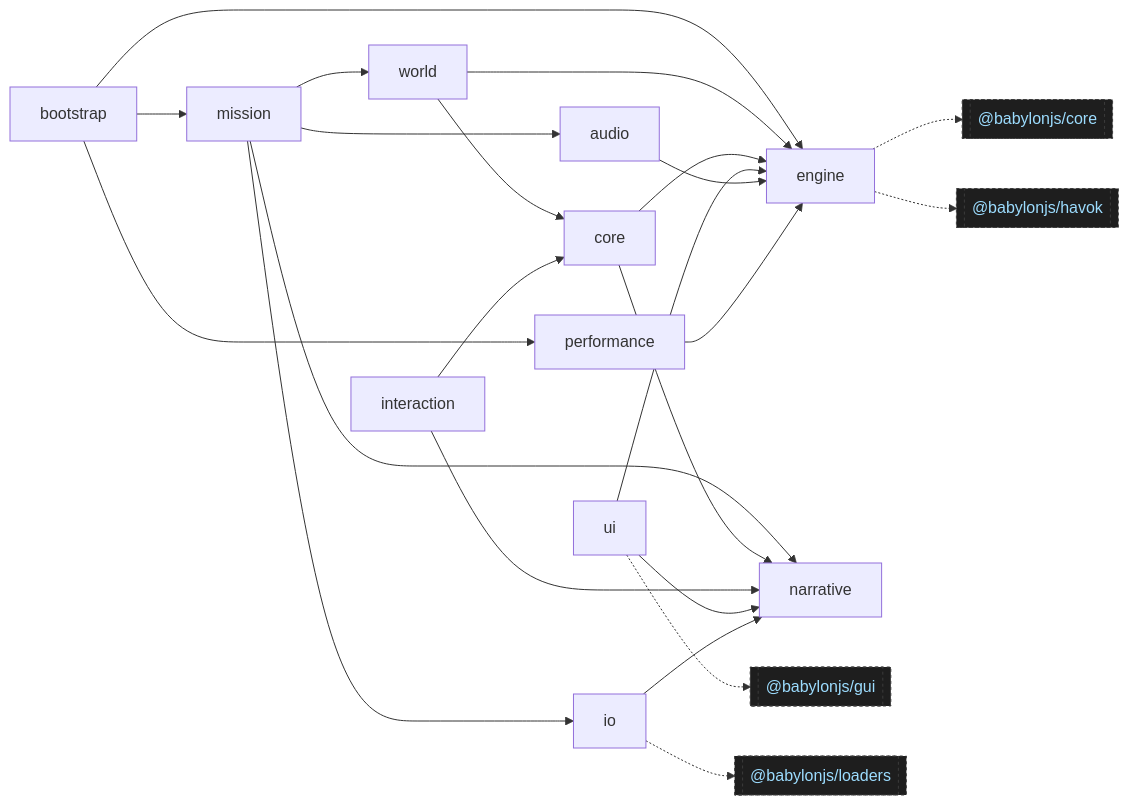
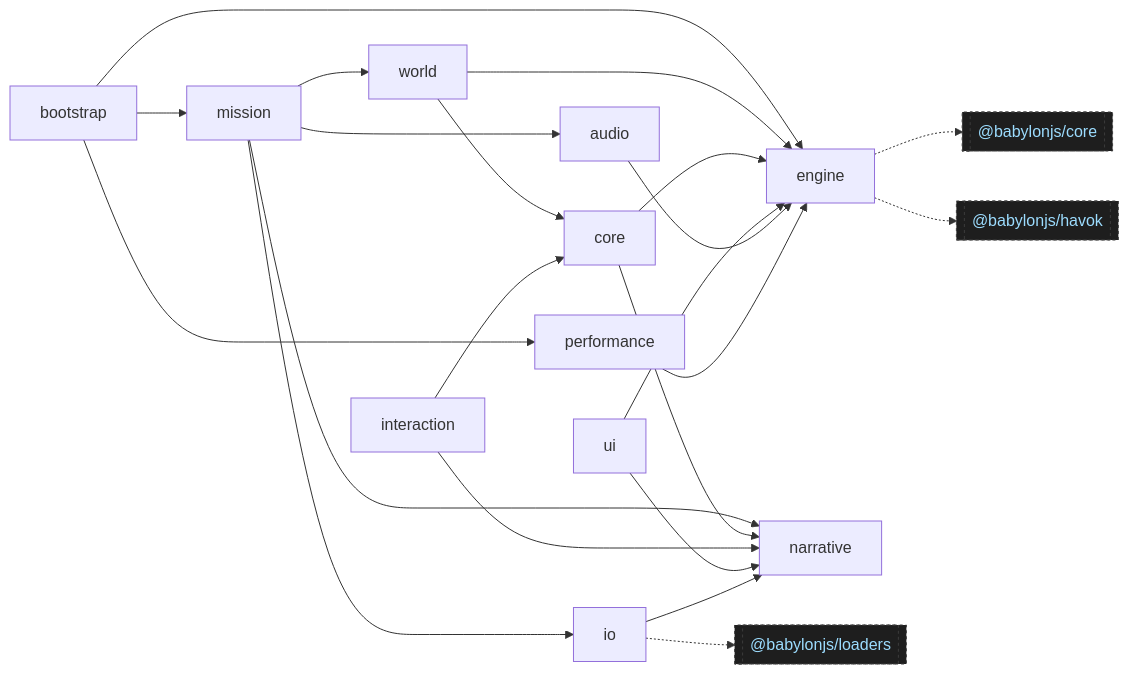
One commit to royceshannon2-blip/Witness-Interactive-3D changed the second of 6 diagrams in ARCHITECTURE.md. Above: the diagram before and after it, drawn with Mermaid. The commit also changed other lines of this file and 234 other files, not shown here.

````diff
--- a/ARCHITECTURE.md
+++ b/ARCHITECTURE.md
@@ -75,31 +73,30 @@
 ```mermaid
 graph LR
   bootstrap --> engine
   bootstrap --> performance
   bootstrap --> mission
 
   mission --> io
   mission --> world
   mission --> narrative
   mission --> audio
 
   world --> engine
   world --> core
   core --> engine
   core --> narrative
   interaction --> core
   interaction --> narrative
   ui --> narrative
   ui --> engine
   audio --> engine
   io --> narrative
   performance --> engine
 
   engine -.-> BabylonCore[["@babylonjs/core"]]
   engine -.-> Havok[["@babylonjs/havok"]]
-  ui -.-> BabylonGUI[["@babylonjs/gui"]]
   io -.-> BabylonLoaders[["@babylonjs/loaders"]]
 
   classDef pkg fill:#1e1e1e,color:#9cdcfe,stroke:#3c3c3c,stroke-dasharray:3 3
-  class BabylonCore,Havok,BabylonGUI,BabylonLoaders pkg
+  class BabylonCore,Havok,BabylonLoaders pkg
 ```
````
